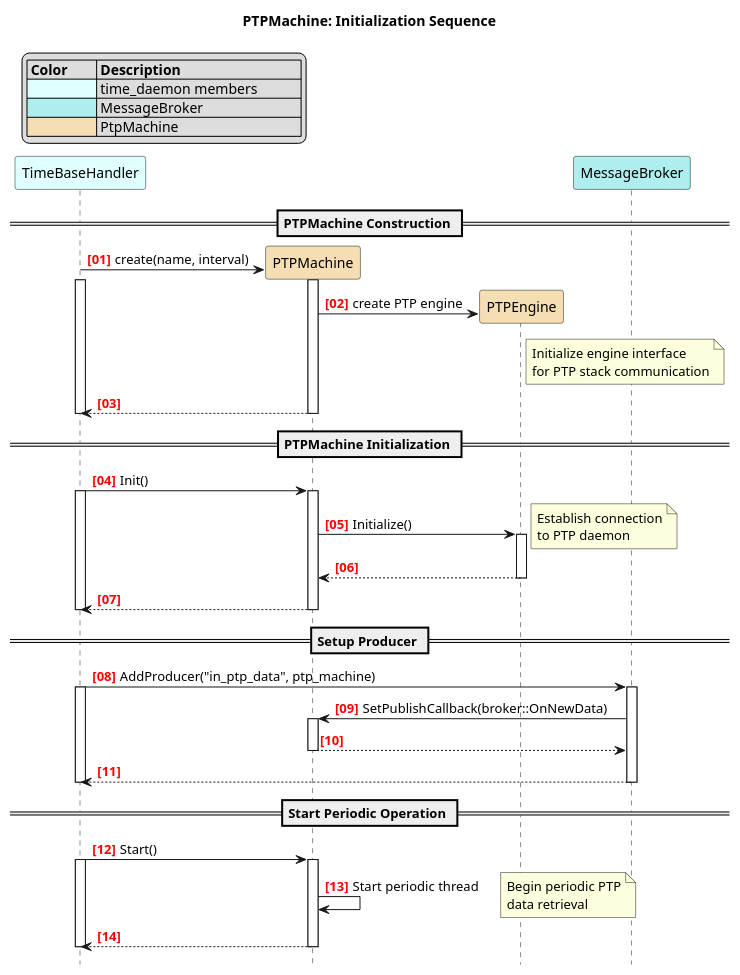
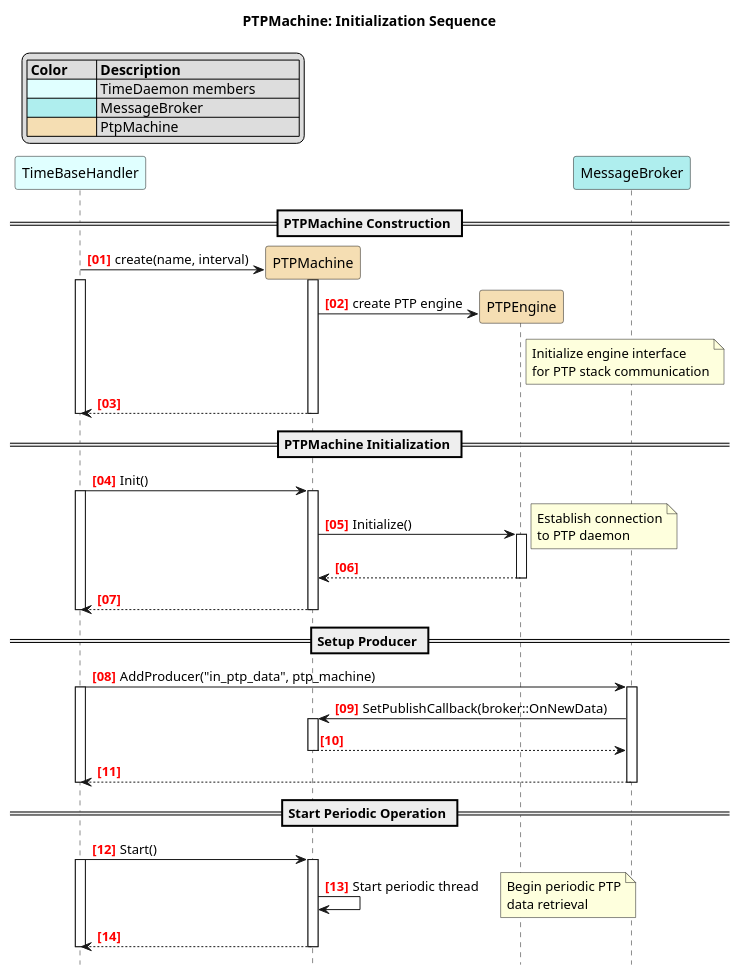
One commit to eclipse-score/time changed the diagram in docs/features/time_daemon/_assets/ptp_machine/ptp_machine_init_seq.puml. Above: the diagram before and after it, drawn with PlantUML. The commit also changed 25 other files, not shown here.

Commit message:
docs: revert component titles to camelCase in diagrams and RST

```diff
--- a/docs/features/time_daemon/_assets/ptp_machine/ptp_machine_init_seq.puml
+++ b/docs/features/time_daemon/_assets/ptp_machine/ptp_machine_init_seq.puml
@@ -1,79 +1,79 @@
 @startuml ptp_machine_initialization
 
 title PTPMachine: Initialization Sequence
 
 hide footbox
 
 autonumber "<font color=red><b>[00]"
 
 legend top left
     |= Color        |= Description                  |
-    | <#LightCyan>  | time_daemon members            |
+    | <#LightCyan>  | TimeDaemon members            |
     | <#PaleTurquoise> | MessageBroker              |
     | <#Wheat>      | PtpMachine                    |
 endlegend
 
 participant "TimeBaseHandler" as tb_handler #LightCyan
 participant "PTPMachine" as ptp_machine #Wheat
 participant "PTPEngine" as engine #Wheat
 participant "MessageBroker" as broker #PaleTurquoise
 
 == PTPMachine Construction ==
 
 tb_handler -> ptp_machine ** : create(name, interval)
 activate tb_handler
 activate ptp_machine
 ptp_machine -> engine ** : create PTP engine
 note right of engine
     Initialize engine interface
     for PTP stack communication
 end note
 ptp_machine --> tb_handler
 deactivate ptp_machine
 deactivate tb_handler
 
 == PTPMachine Initialization ==
 
 tb_handler -> ptp_machine : Init()
 activate tb_handler
 activate ptp_machine
 ptp_machine -> engine : Initialize()
 activate engine
 note right
     Establish connection
     to PTP daemon
 end note
 engine --> ptp_machine
 deactivate engine
 ptp_machine --> tb_handler
 deactivate ptp_machine
 deactivate tb_handler
 
 == Setup Producer ==
 
 tb_handler -> broker : AddProducer("in_ptp_data", ptp_machine)
 activate tb_handler
 activate broker
 broker -> ptp_machine : SetPublishCallback(broker::OnNewData)
 activate ptp_machine
 ptp_machine --> broker
 deactivate ptp_machine
 broker --> tb_handler
 deactivate broker
 deactivate tb_handler
 
 == Start Periodic Operation ==
 
 tb_handler -> ptp_machine : Start()
 activate tb_handler
 activate ptp_machine
 ptp_machine -> ptp_machine : Start periodic thread
 note right
     Begin periodic PTP
     data retrieval
 end note
 ptp_machine --> tb_handler
 deactivate ptp_machine
 deactivate tb_handler
 
 @enduml
```
